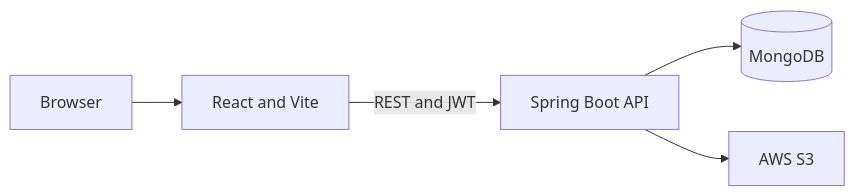
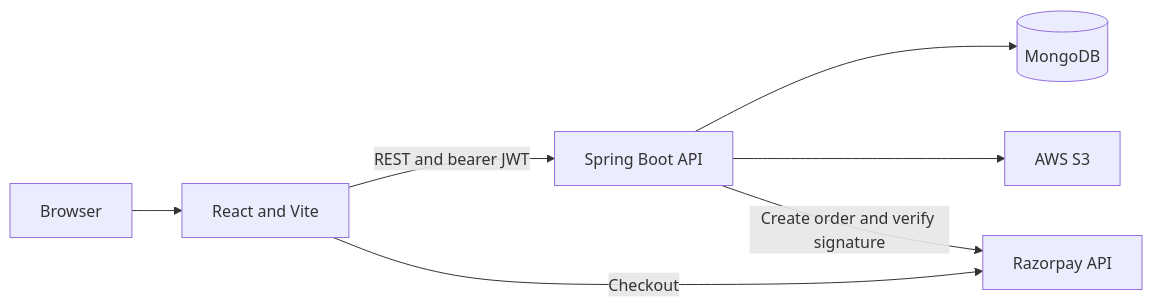
One commit to Pratham-131/happy-plates-food-ordering changed the diagram in README.md. Above: the diagram before and after it, drawn with Mermaid. The commit also changed other lines of this file and 6 other files, not shown here.

````diff
--- a/README.md
+++ b/README.md
@@ -32,7 +32,9 @@
 ```mermaid
 flowchart LR
     Browser --> React[React and Vite]
-    React -->|REST and JWT| API[Spring Boot API]
+    React -->|REST and bearer JWT| API[Spring Boot API]
     API --> Mongo[(MongoDB)]
     API --> S3[AWS S3]
+    API -->|Create order and verify signature| Razorpay[Razorpay API]
+    React -->|Checkout| Razorpay
 ```
````
